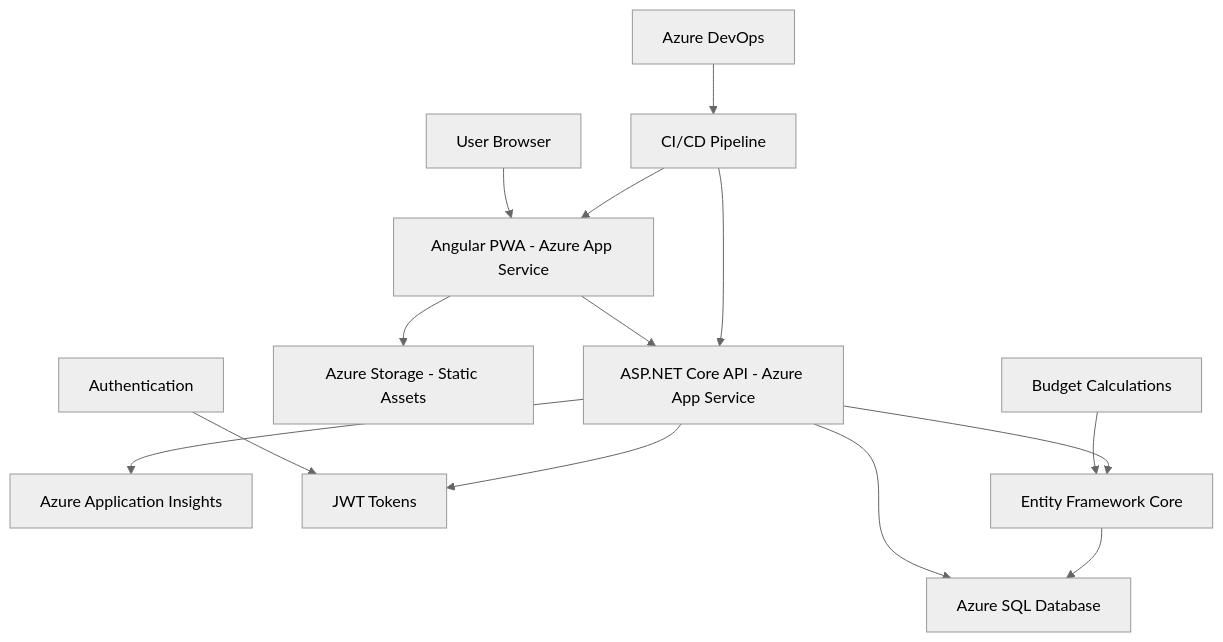
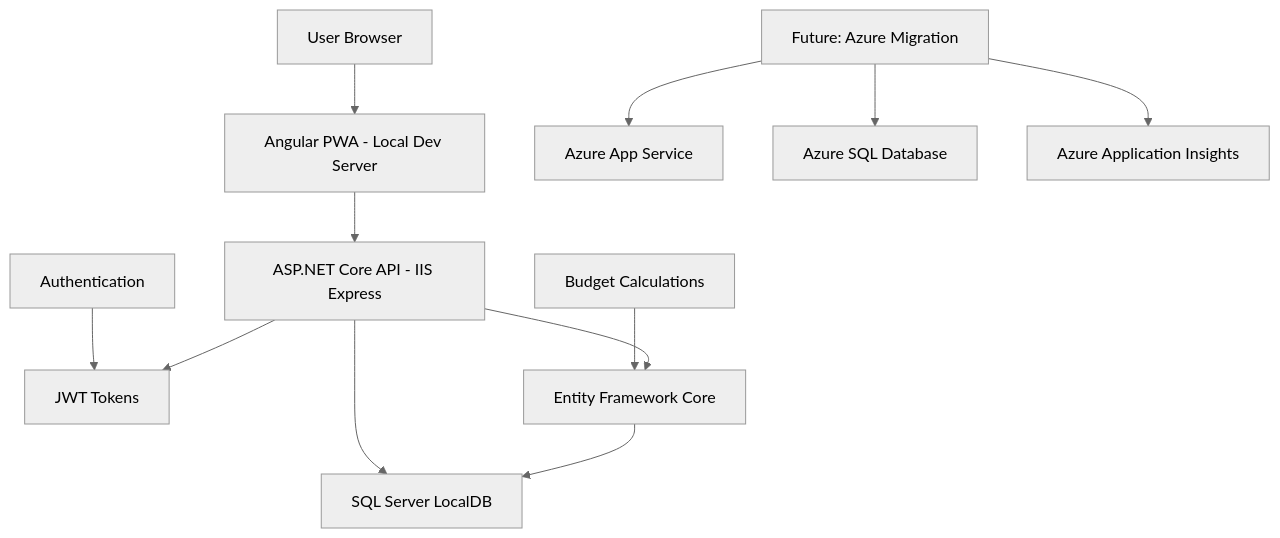
One commit to ahoffecker-cei/simple-budget changed the first of 3 diagrams in docs/architecture.md. Above: the diagram before and after it, drawn with Mermaid (neutral theme). The commit also changed other lines of this file and 20 other files, not shown here.

````diff
--- a/docs/architecture.md
+++ b/docs/architecture.md
@@ -56,19 +59,17 @@
 ```mermaid
 graph TD
-    A[User Browser] --> B[Angular PWA - Azure App Service]
-    B --> C[ASP.NET Core API - Azure App Service]
-    C --> D[Azure SQL Database]
-    C --> E[Azure Application Insights]
-    B --> F[Azure Storage - Static Assets]
+    A[User Browser] --> B[Angular PWA - Local Dev Server]
+    B --> C[ASP.NET Core API - IIS Express]
+    C --> D[SQL Server LocalDB]
     
-    G[Azure DevOps] --> H[CI/CD Pipeline]
-    H --> B
-    H --> C
+    E[Future: Azure Migration] --> F[Azure App Service]
+    E --> G[Azure SQL Database]
+    E --> H[Azure Application Insights]
     
     I[Authentication] --> J[JWT Tokens]
     C --> J
     
     K[Budget Calculations] --> L[Entity Framework Core]
     C --> L
     L --> D
 ```
````
